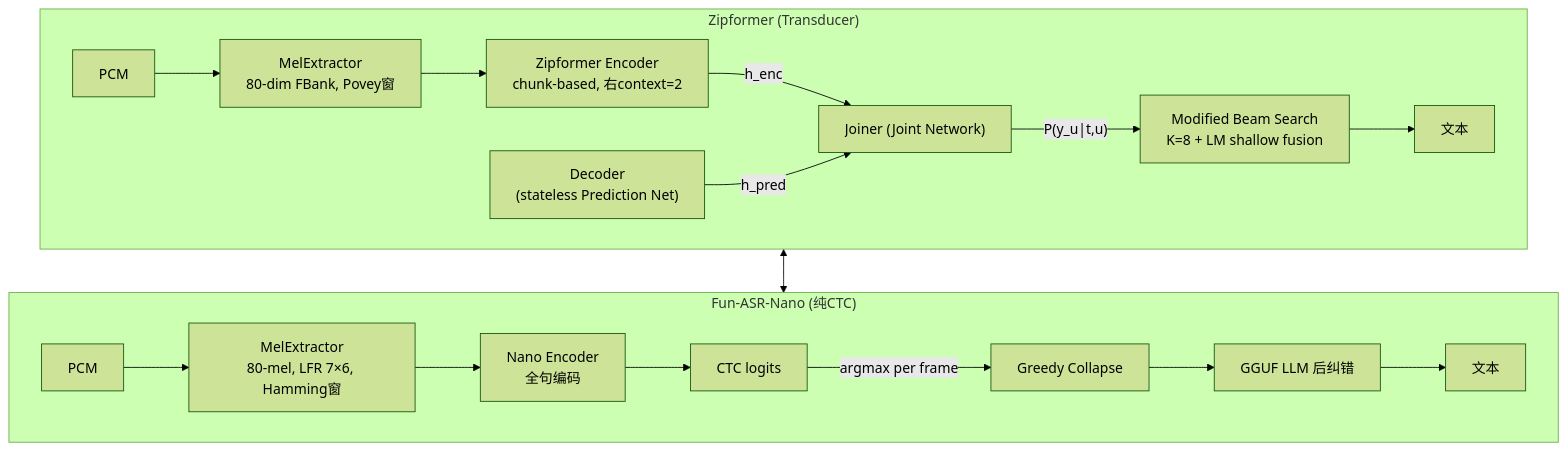
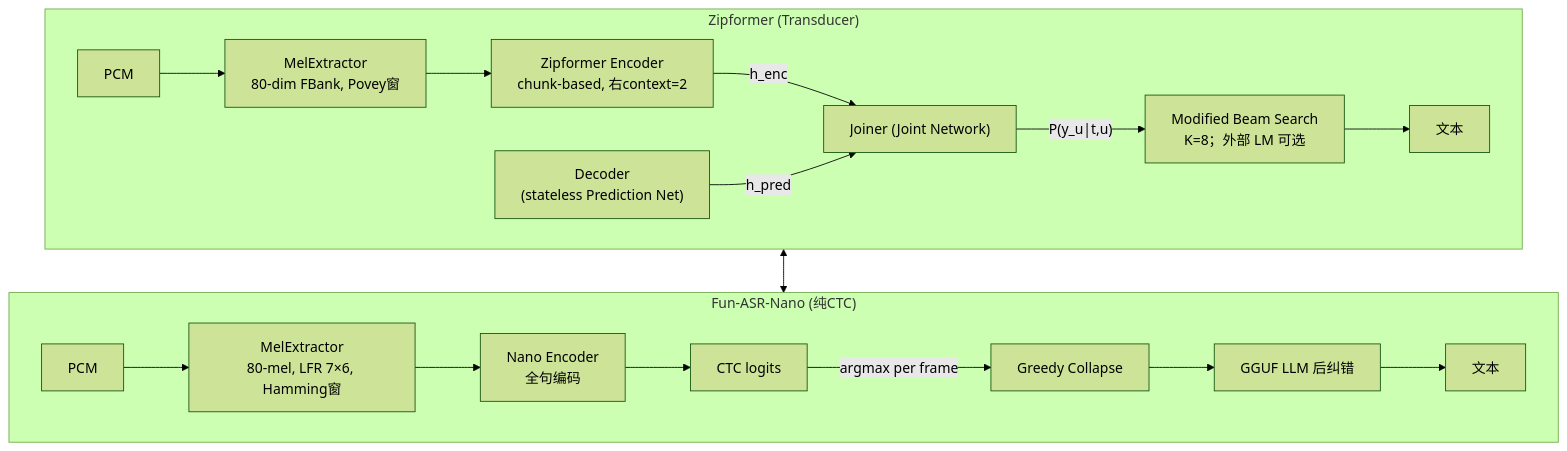
The third of 3 diagrams in docs/subpage/AI/subsubpage/智能语音/第_6_课：RNN-T-Transducer.md (UrsoCN/Docs), drawn with Mermaid (forest theme) before and after one commit. The commit also changed other lines of this file and 8 other files, not shown here.

````diff
--- a/docs/subpage/AI/subsubpage/智能语音/第_6_课：RNN-T-Transducer.md
+++ b/docs/subpage/AI/subsubpage/智能语音/第_6_课：RNN-T-Transducer.md
@@ -238,22 +238,22 @@
 ```mermaid
 flowchart TD
     subgraph S1["Zipformer (Transducer)"]
         AZ["PCM"] --> BZ["MelExtractor<br/>80-dim FBank, Povey窗"]
         BZ --> CZ["Zipformer Encoder<br/>chunk-based, 右context=2"]
         CZ -->|"h_enc"| DZ["Joiner (Joint Network)"]
         EZ["Decoder<br/>(stateless Prediction Net)"] -->|"h_pred"| DZ
-        DZ -->|"P(y_u|t,u)"| FZ["Modified Beam Search<br/>K=8 + LM shallow fusion"]
+        DZ -->|"P(y_u|t,u)"| FZ["Modified Beam Search<br/>K=8；外部 LM 可选"]
         FZ --> GZ["文本"]
     end
 
     subgraph S2["Fun-ASR-Nano (纯CTC)"]
         AN["PCM"] --> BN["MelExtractor<br/>80-mel, LFR 7×6, Hamming窗"]
         BN --> CN["Nano Encoder<br/>全句编码"]
         CN --> DN["CTC logits"]
         DN -->|"argmax per frame"| EN["Greedy Collapse"]
         EN --> FN["GGUF LLM 后纠错"]
         FN --> GN["文本"]
     end
 
     S1 <--> S2
 ```
````
